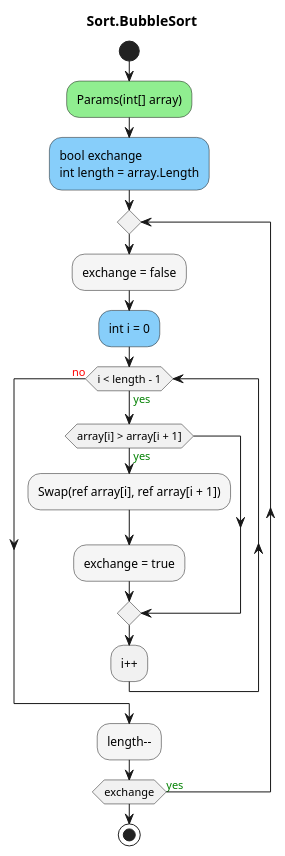
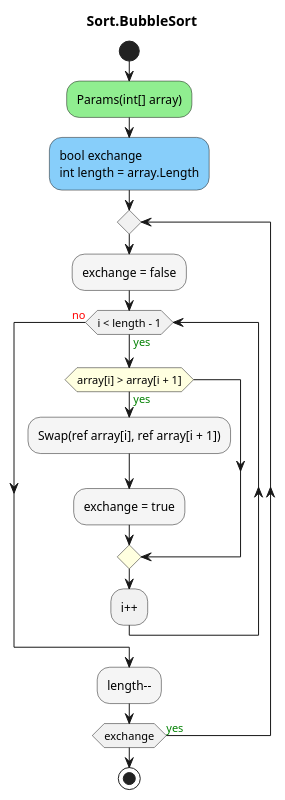
One commit to leoggehrer/2324-34_ABIF_ACIF_POSE changed the diagram in SortingAlgorithms.ConApp/diagrams/ac_Sort_BubbleSort.puml. Above: the diagram before and after it, drawn with PlantUML. The commit also changed 13 other files, not shown here.

Commit message:
Generate sort diagrams.

```diff
--- a/SortingAlgorithms.ConApp/diagrams/ac_Sort_BubbleSort.puml
+++ b/SortingAlgorithms.ConApp/diagrams/ac_Sort_BubbleSort.puml
@@ -1,19 +1,18 @@
 @startuml Sort.BubbleSort
 title Sort.BubbleSort
 start
 #LightGreen:Params(int[] array);
 #LightSkyBlue:bool exchange\nint length = array.Length;
 repeat
         #WhiteSmoke:exchange = false;
-        #LightSkyBlue:int i = 0;
         while (i < length - 1) is (<color:green>yes)
-                if (array[i] > array[i + 1]) then (<color:green>yes)
+                #LightYellow:if (array[i] > array[i + 1]) then (<color:green>yes)
                         #WhiteSmoke:Swap(ref array[i], ref array[i + 1]);
                         #WhiteSmoke:exchange = true;
                 endif
         :i++;
         endwhile (<color:red>no)
         #WhiteSmoke:length--;
 repeat while (exchange) is (<color:green>yes)
 stop
 @enduml
```
